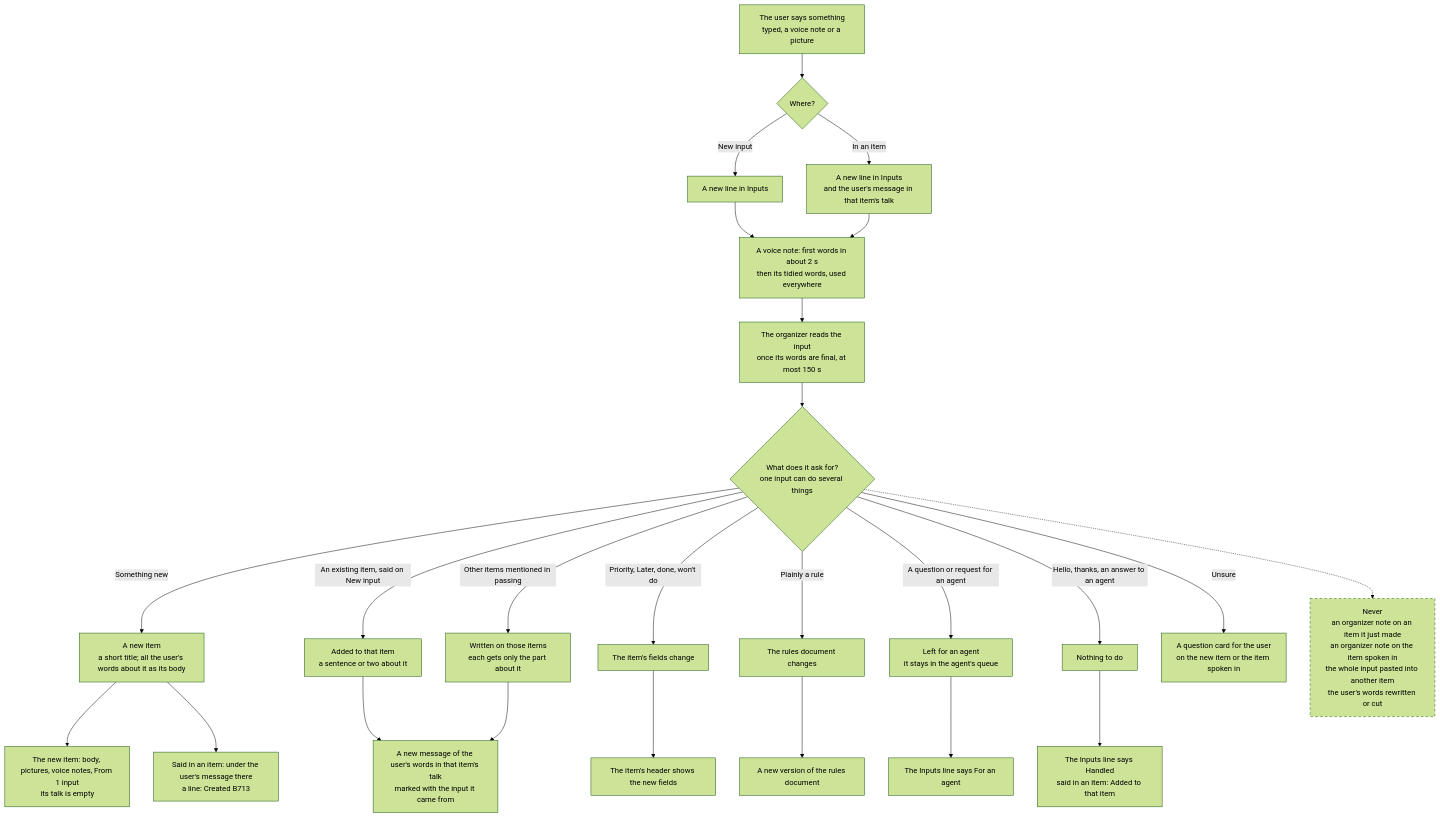
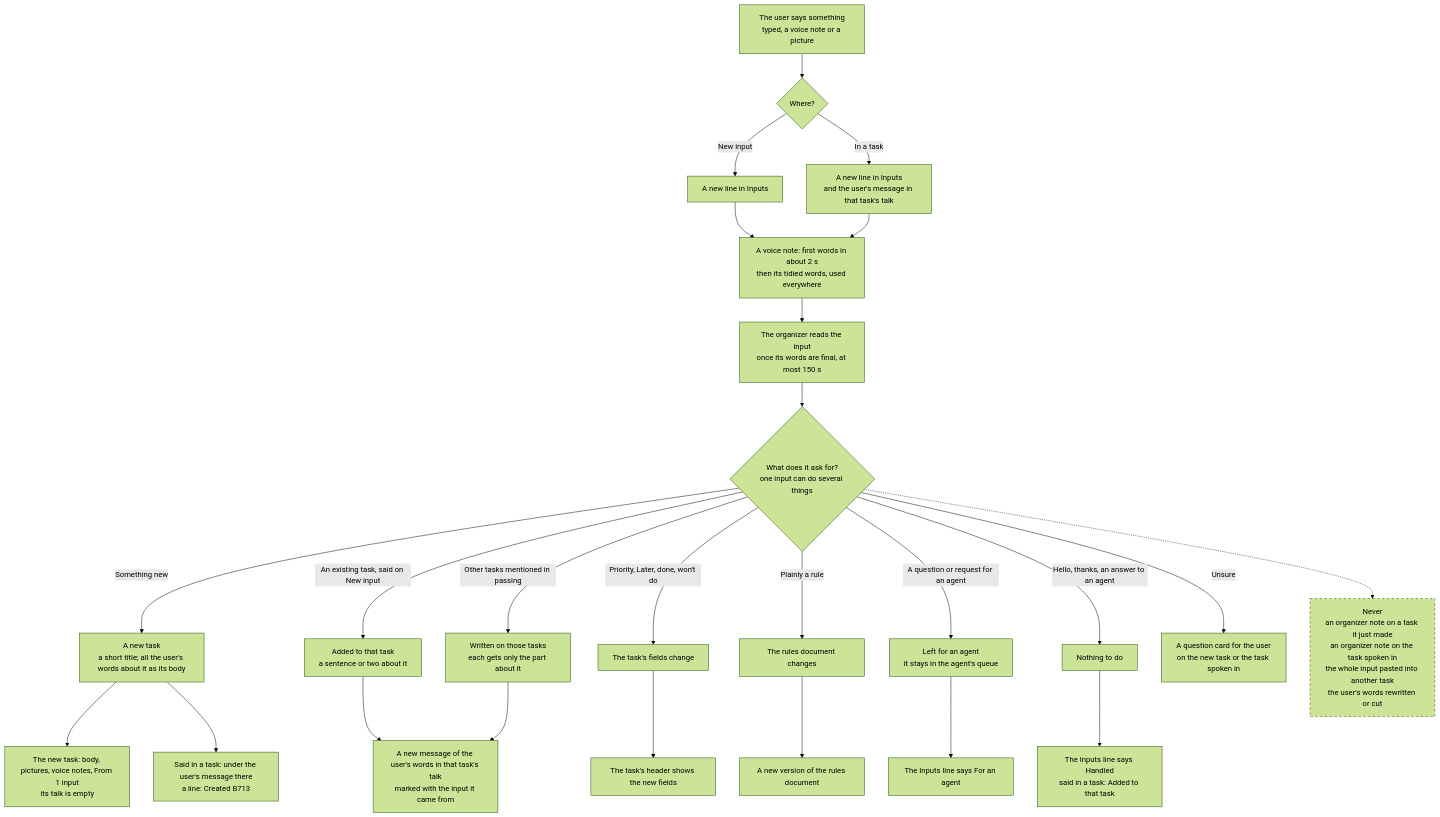
The first of 3 diagrams in docs/inputs.md (ralphite/taska), drawn with Mermaid (forest theme) before and after one commit. The commit also changed other lines of this file and 688 other files, not shown here.

````diff
--- a/docs/inputs.md
+++ b/docs/inputs.md
@@ -8,29 +8,29 @@
 ```mermaid
 flowchart TD
     A["The user says something<br/>typed, a voice note or a picture"] --> W{"Where?"}
     W -->|"New input"| P["A new line in Inputs"]
-    W -->|"In an item"| S["A new line in Inputs<br/>and the user's message in that item's talk"]
+    W -->|"In a task"| S["A new line in Inputs<br/>and the user's message in that task's talk"]
     P --> V["A voice note: first words in about 2 s<br/>then its tidied words, used everywhere"]
     S --> V
     V --> O["The organizer reads the input<br/>once its words are final, at most 150 s"]
     O --> D{"What does it ask for?<br/>one input can do several things"}
-    D -->|"Something new"| N["A new item<br/>a short title; all the user's words about it as its body"]
-    D -->|"An existing item, said on New input"| E["Added to that item<br/>a sentence or two about it"]
-    D -->|"Other items mentioned in passing"| X["Written on those items<br/>each gets only the part about it"]
-    D -->|"Priority, Later, done, won't do"| F["The item's fields change"]
+    D -->|"Something new"| N["A new task<br/>a short title; all the user's words about it as its body"]
+    D -->|"An existing task, said on New input"| E["Added to that task<br/>a sentence or two about it"]
+    D -->|"Other tasks mentioned in passing"| X["Written on those tasks<br/>each gets only the part about it"]
+    D -->|"Priority, Later, done, won't do"| F["The task's fields change"]
     D -->|"Plainly a rule"| R["The rules document changes"]
     D -->|"A question or request for an agent"| G["Left for an agent<br/>it stays in the agent's queue"]
     D -->|"Hello, thanks, an answer to an agent"| Z["Nothing to do"]
-    D -->|"Unsure"| Q["A question card for the user<br/>on the new item or the item spoken in"]
-    N --> N2["The new item: body, pictures, voice notes, From 1 input<br/>its talk is empty"]
-    N --> C["Said in an item: under the user's message there<br/>a line: Created B713"]
-    E --> M["A new message of the user's words in that item's talk<br/>marked with the input it came from"]
+    D -->|"Unsure"| Q["A question card for the user<br/>on the new task or the task spoken in"]
+    N --> N2["The new task: body, pictures, voice notes, From 1 input<br/>its talk is empty"]
+    N --> C["Said in a task: under the user's message there<br/>a line: Created B713"]
+    E --> M["A new message of the user's words in that task's talk<br/>marked with the input it came from"]
     X --> M
-    F --> F2["The item's header shows the new fields"]
+    F --> F2["The task's header shows the new fields"]
     R --> R2["A new version of the rules document"]
     G --> G2["The Inputs line says For an agent"]
-    Z --> Z2["The Inputs line says Handled<br/>said in an item: Added to that item"]
-    D -.-> NO["Never<br/>an organizer note on an item it just made<br/>an organizer note on the item spoken in<br/>the whole input pasted into another item<br/>the user's words rewritten or cut"]
+    Z --> Z2["The Inputs line says Handled<br/>said in a task: Added to that task"]
+    D -.-> NO["Never<br/>an organizer note on a task it just made<br/>an organizer note on the task spoken in<br/>the whole input pasted into another task<br/>the user's words rewritten or cut"]
     classDef never stroke-dasharray: 5 5
     class NO never
 ```
````
